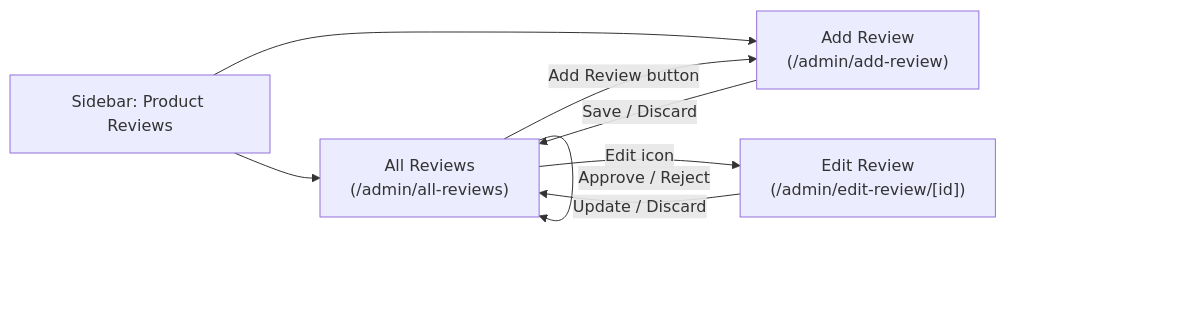
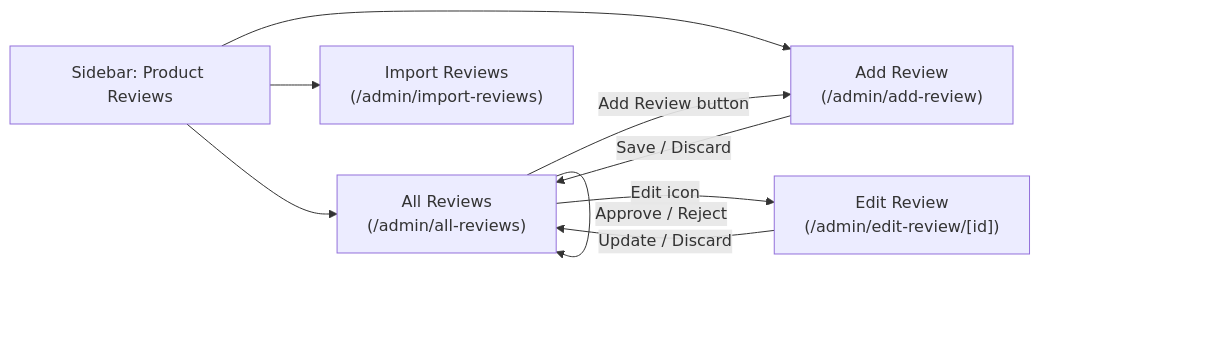
Before and after one commit to haresh-contactapex/smb-next-js: the diagram in docs/reviews/reviews-database-schema.md, drawn with Mermaid. The commit also changed other lines of this file and 17 other files, not shown here.

First line of the commit message:
Add Import Reviews: bulk-import a product's reviews from a Word file

````diff
--- a/docs/reviews/reviews-database-schema.md
+++ b/docs/reviews/reviews-database-schema.md
@@ -71,10 +73,11 @@
 ```mermaid
 flowchart LR
     SB["Sidebar: Product Reviews"] --> ALL["All Reviews\n(/admin/all-reviews)"]
     SB --> ADD["Add Review\n(/admin/add-review)"]
     ALL -- "Add Review button" --> ADD
     ALL -- "Edit icon" --> EDIT["Edit Review\n(/admin/edit-review/[id])"]
     ALL -- "Approve / Reject" --> ALL
+    SB --> IMP["Import Reviews\n(/admin/import-reviews)"]
     ADD -- "Save / Discard" --> ALL
     EDIT -- "Update / Discard" --> ALL
 ```
````
